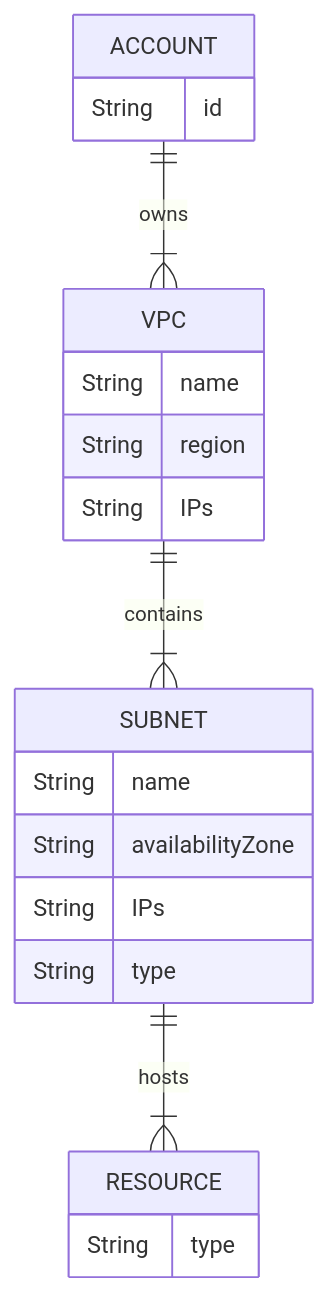
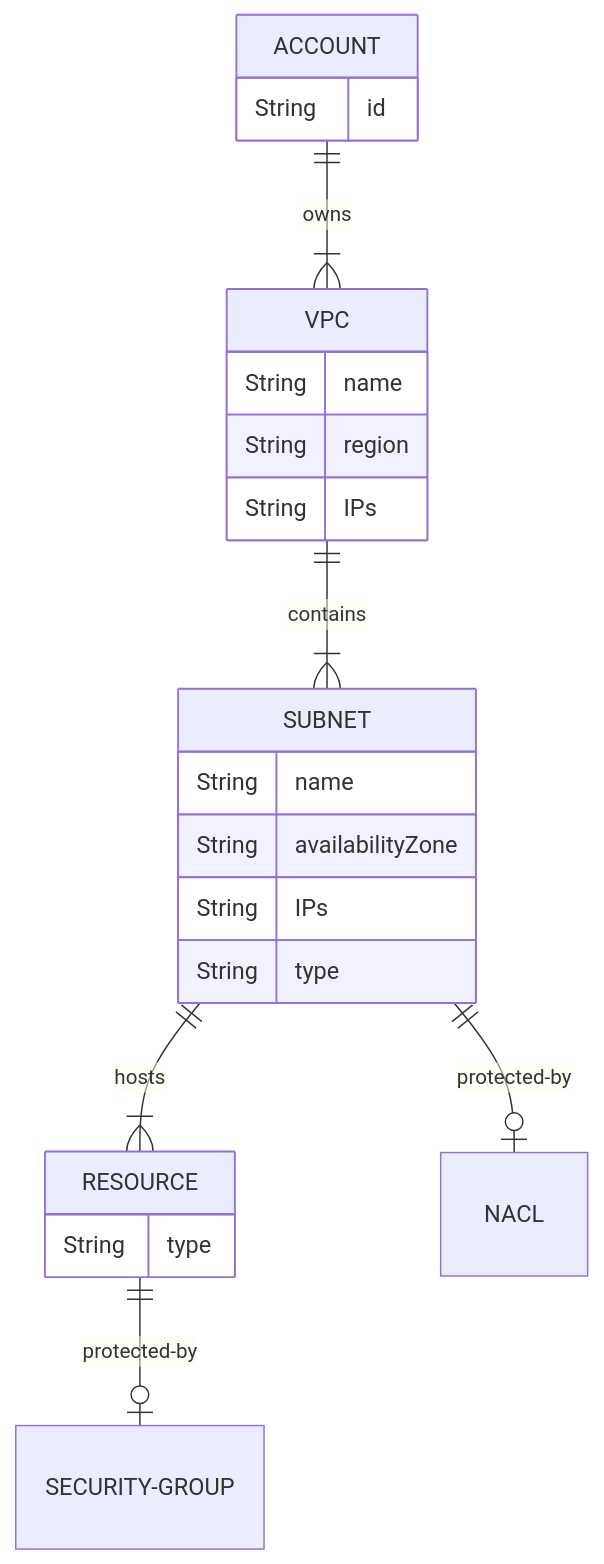
Before and after one commit to conmaol/maglocunus: the third of 6 diagrams in v/VPCs.md, drawn with Mermaid. The commit also changed other lines of this file, not shown here.

````diff
--- a/v/VPCs.md
+++ b/v/VPCs.md
@@ -68,21 +78,23 @@
 ```mermaid
 erDiagram
     ACCOUNT ||--|{ VPC : owns
     VPC ||--|{ SUBNET : contains
     ACCOUNT { String id}
     VPC {
       String name
       String region
       String IPs
     }
     SUBNET {
       String name
       String availabilityZone
       String IPs
       String type
     }
     SUBNET ||--|{ RESOURCE : hosts
     RESOURCE {
       String type
     }
+    SUBNET ||--o| NACL : protected-by
+    RESOURCE ||--o| SECURITY-GROUP : protected-by
 ```
````
